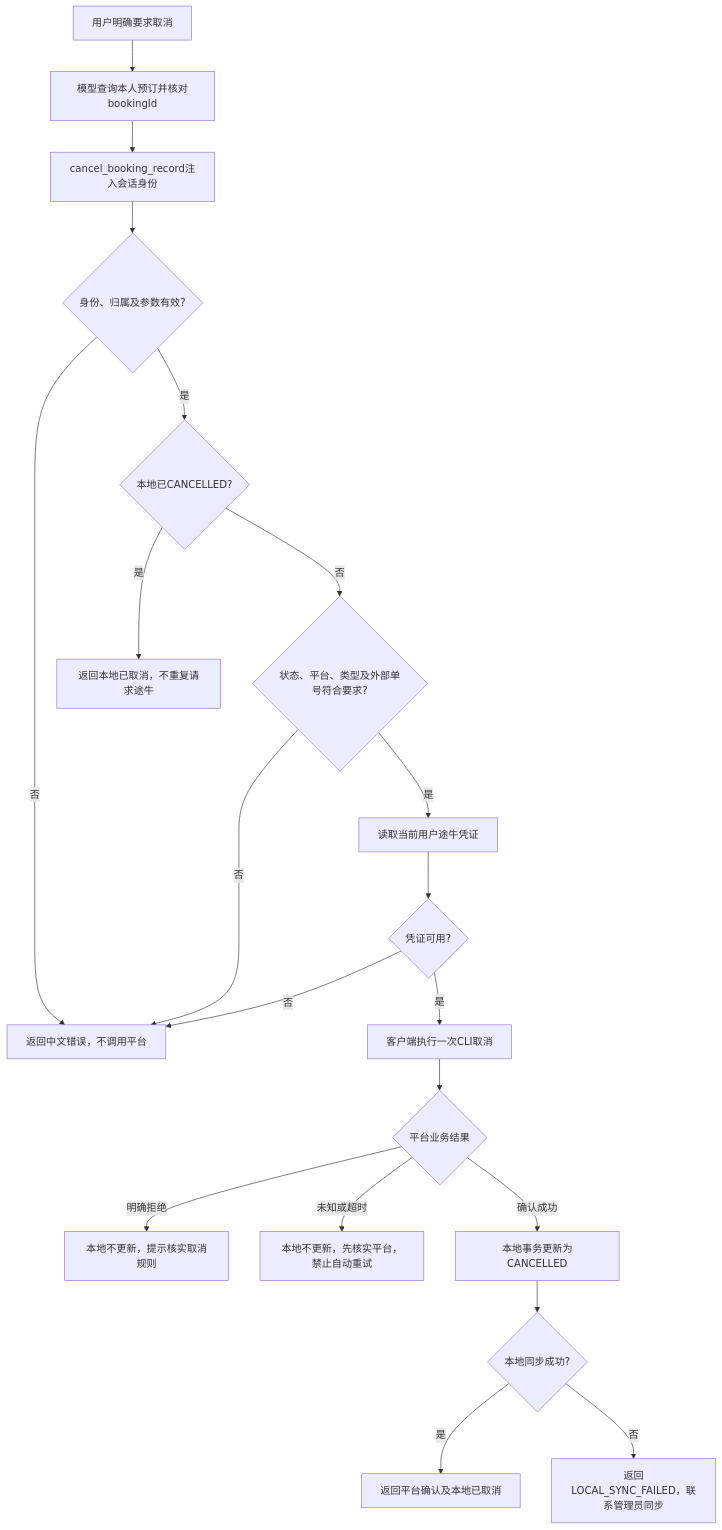
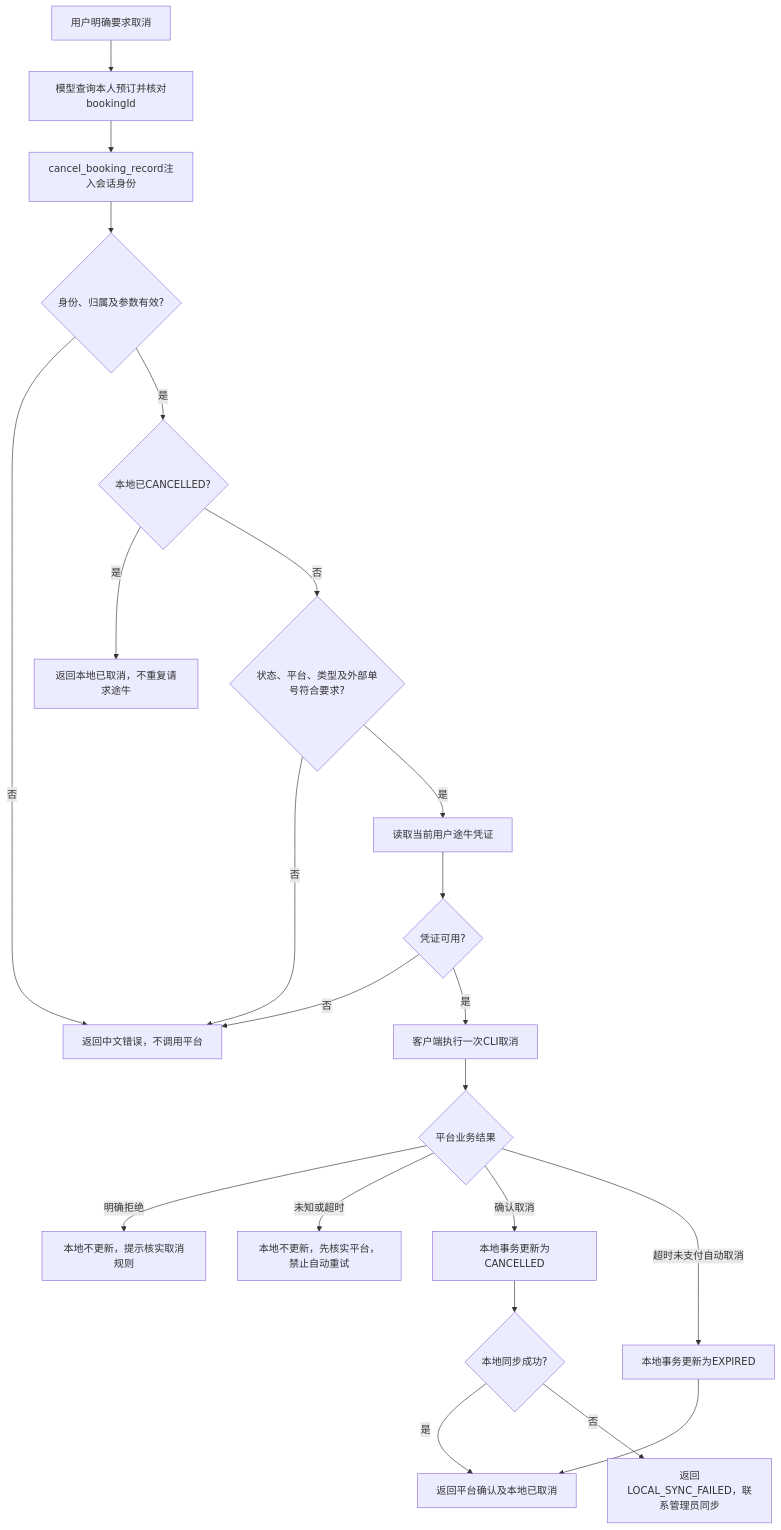
One commit to liuwencan/corp-trip-agent changed the second of 2 diagrams in doc/预订下单与取消持久化设计说明.md. Above: the diagram before and after it, drawn with Mermaid. The commit also changed other lines of this file and 12 other files, not shown here.

````diff
--- a/doc/预订下单与取消持久化设计说明.md
+++ b/doc/预订下单与取消持久化设计说明.md
@@ -202,22 +202,24 @@
 ```mermaid
 flowchart TD
     A[用户明确要求取消] --> B[模型查询本人预订并核对bookingId]
     B --> C[cancel_booking_record注入会话身份]
     C --> D{身份、归属及参数有效?}
     D -->|否| X[返回中文错误，不调用平台]
     D -->|是| E{本地已CANCELLED?}
     E -->|是| Y[返回本地已取消，不重复请求途牛]
     E -->|否| F{状态、平台、类型及外部单号符合要求?}
     F -->|否| X
     F -->|是| G[读取当前用户途牛凭证]
     G --> H{凭证可用?}
     H -->|否| X
     H -->|是| I[客户端执行一次CLI取消]
     I --> J{平台业务结果}
     J -->|明确拒绝| K[本地不更新，提示核实取消规则]
     J -->|未知或超时| L[本地不更新，先核实平台，禁止自动重试]
-    J -->|确认成功| M[本地事务更新为CANCELLED]
+    J -->|确认取消| M[本地事务更新为CANCELLED]
+    J -->|超时未支付自动取消| Q[本地事务更新为EXPIRED]
     M --> N{本地同步成功?}
     N -->|是| O[返回平台确认及本地已取消]
     N -->|否| P[返回LOCAL_SYNC_FAILED，联系管理员同步]
+    Q --> O
 ```
````
